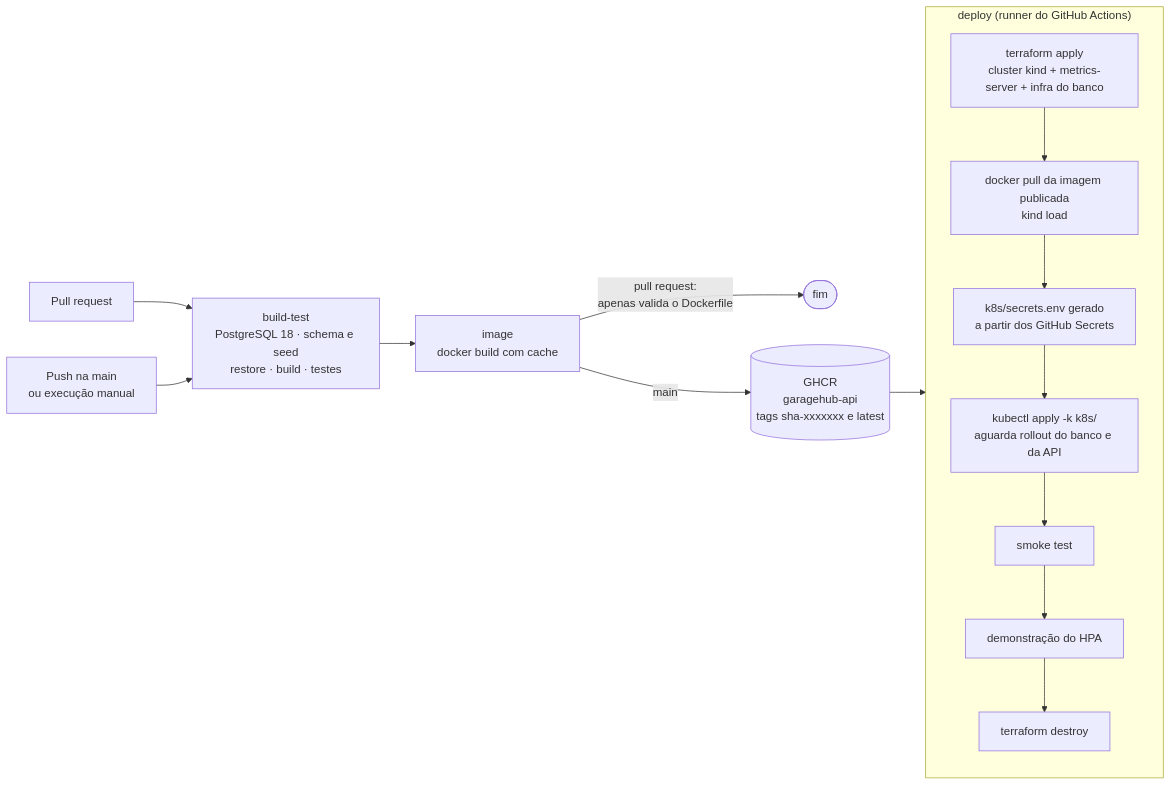
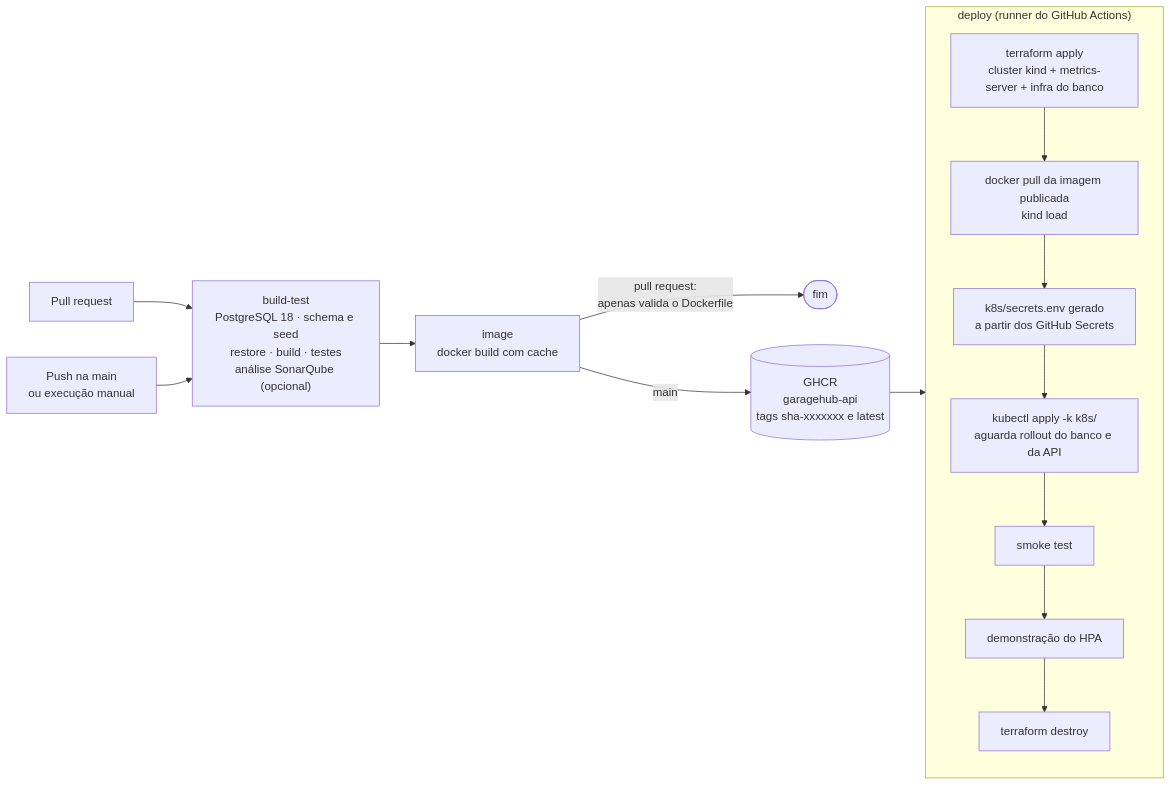
Before and after one commit to beatavernaro/GarageHub: the third of 3 diagrams in README.md, drawn with Mermaid. The commit also changed other lines of this file and 2 other files, not shown here.

Commit message:
feat: consolidate SonarQube analysis into CI/CD workflow and update README

````diff
--- a/README.md
+++ b/README.md
@@ -1803,25 +1803,25 @@
 ```mermaid
 flowchart LR
     pr["Pull request"] --> bt
     push["Push na main<br/>ou execução manual"] --> bt
 
-    bt["build-test<br/>PostgreSQL 18 · schema e seed<br/>restore · build · testes"]
+    bt["build-test<br/>PostgreSQL 18 · schema e seed<br/>restore · build · testes<br/>análise SonarQube (opcional)"]
     bt --> img["image<br/>docker build com cache"]
 
     img -- "pull request:<br/>apenas valida o Dockerfile" --> fim(["fim"])
     img -- "main" --> ghcr[("GHCR<br/>garagehub-api<br/>tags sha-xxxxxxx e latest")]
 
     ghcr --> dep
 
     subgraph dep["deploy (runner do GitHub Actions)"]
         direction TB
         tf["terraform apply<br/>cluster kind + metrics-server + infra do banco"]
         load["docker pull da imagem publicada<br/>kind load"]
         secrets["k8s/secrets.env gerado<br/>a partir dos GitHub Secrets"]
         apply["kubectl apply -k k8s/<br/>aguarda rollout do banco e da API"]
         smoke["smoke test"]
         hpa["demonstração do HPA"]
         destroy["terraform destroy"]
         tf --> load --> secrets --> apply --> smoke --> hpa --> destroy
     end
 ```
````
